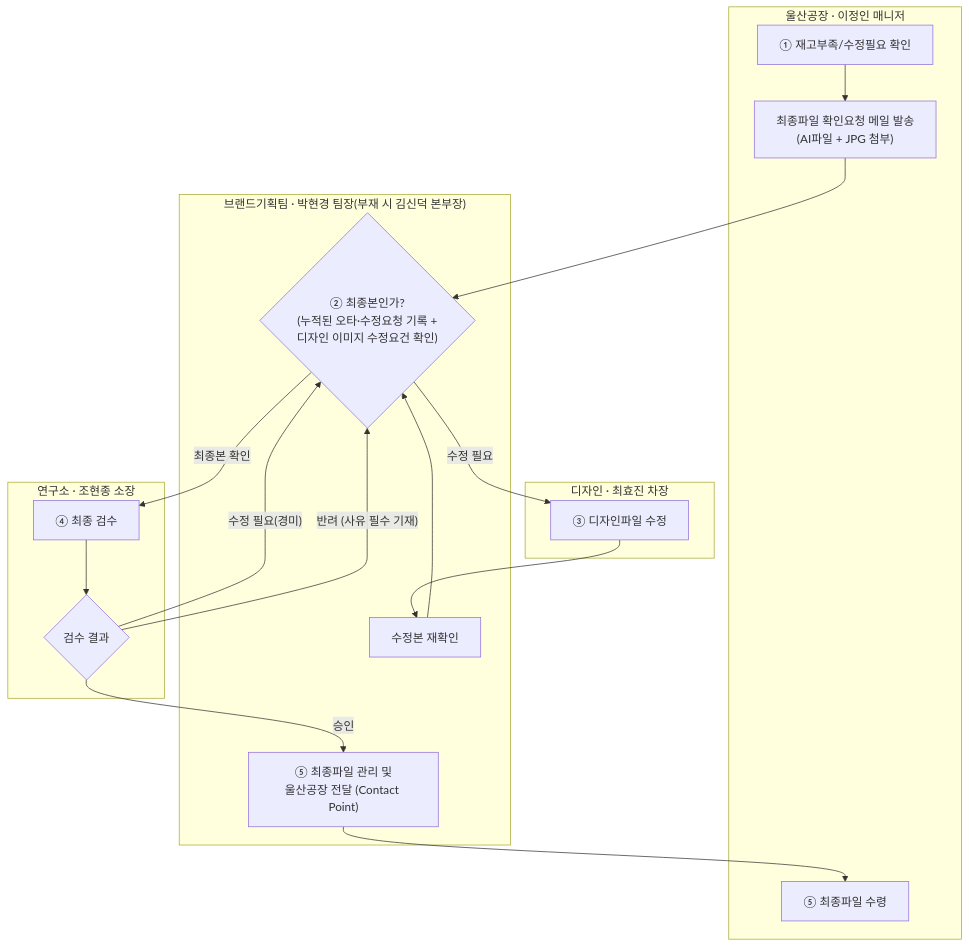
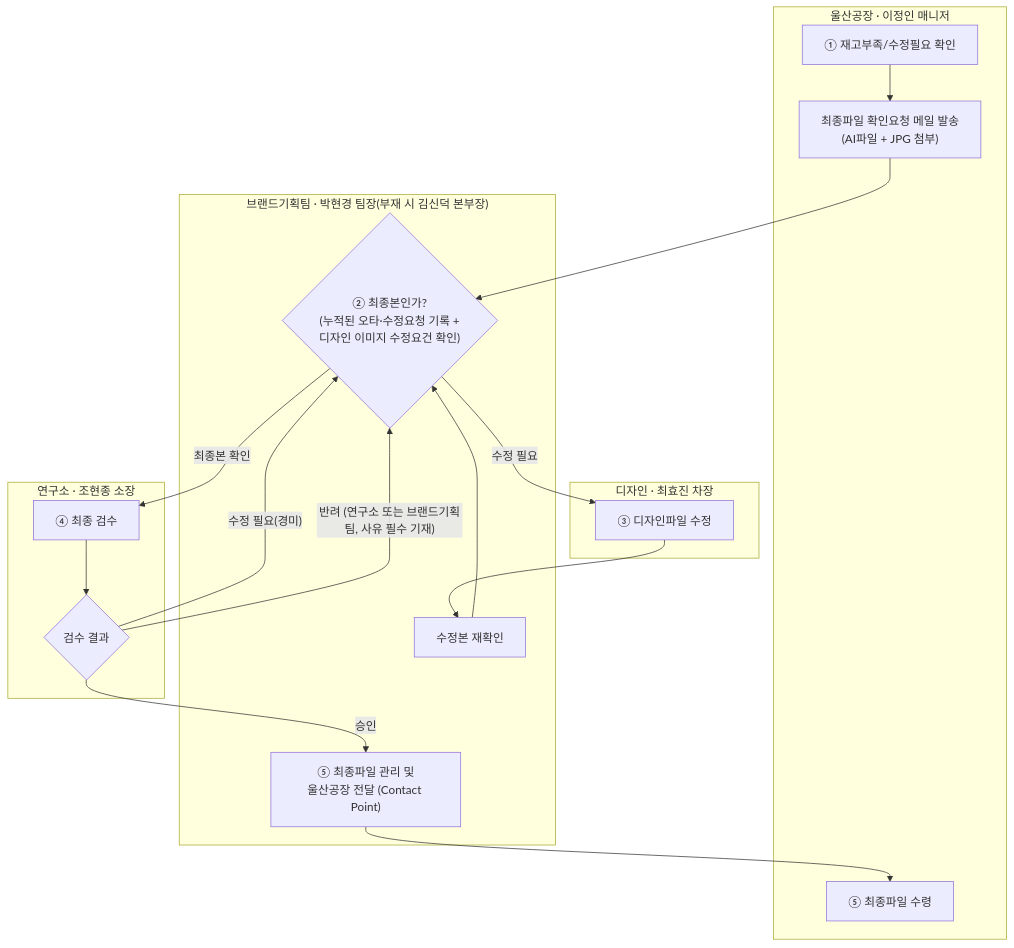
The diagram in docs/포장지_재발주_프로세스_AS-IS.md (nousbo-team/-), drawn with Mermaid before and after one commit. The commit also changed other lines of this file and 1 other file, not shown here.

````diff
--- a/docs/포장지_재발주_프로세스_AS-IS.md
+++ b/docs/포장지_재발주_프로세스_AS-IS.md
@@ -37,26 +37,26 @@
 ```mermaid
 flowchart TD
     subgraph FAC["울산공장 · 이정인 매니저"]
         A["① 재고부족/수정필요 확인"]
         B["최종파일 확인요청 메일 발송\n(AI파일 + JPG 첨부)"]
         I["⑤ 최종파일 수령"]
     end
     subgraph BRD["브랜드기획팀 · 박현경 팀장(부재 시 김신덕 본부장)"]
         C{"② 최종본인가?\n(누적된 오타·수정요청 기록 +\n디자인 이미지 수정요건 확인)"}
         F["수정본 재확인"]
         H["⑤ 최종파일 관리 및\n울산공장 전달 (Contact Point)"]
     end
     subgraph DSN["디자인 · 최효진 차장"]
         D["③ 디자인파일 수정"]
     end
     subgraph LAB["연구소 · 조현종 소장"]
         E["④ 최종 검수"]
         G{"검수 결과"}
     end
     A --> B --> C
     C -- "수정 필요" --> D --> F --> C
     C -- "최종본 확인" --> E --> G
     G -- "승인" --> H --> I
     G -- "수정 필요(경미)" --> C
-    G -- "반려 (사유 필수 기재)" --> C
+    G -- "반려 (연구소 또는 브랜드기획팀, 사유 필수 기재)" --> C
 ```
````
